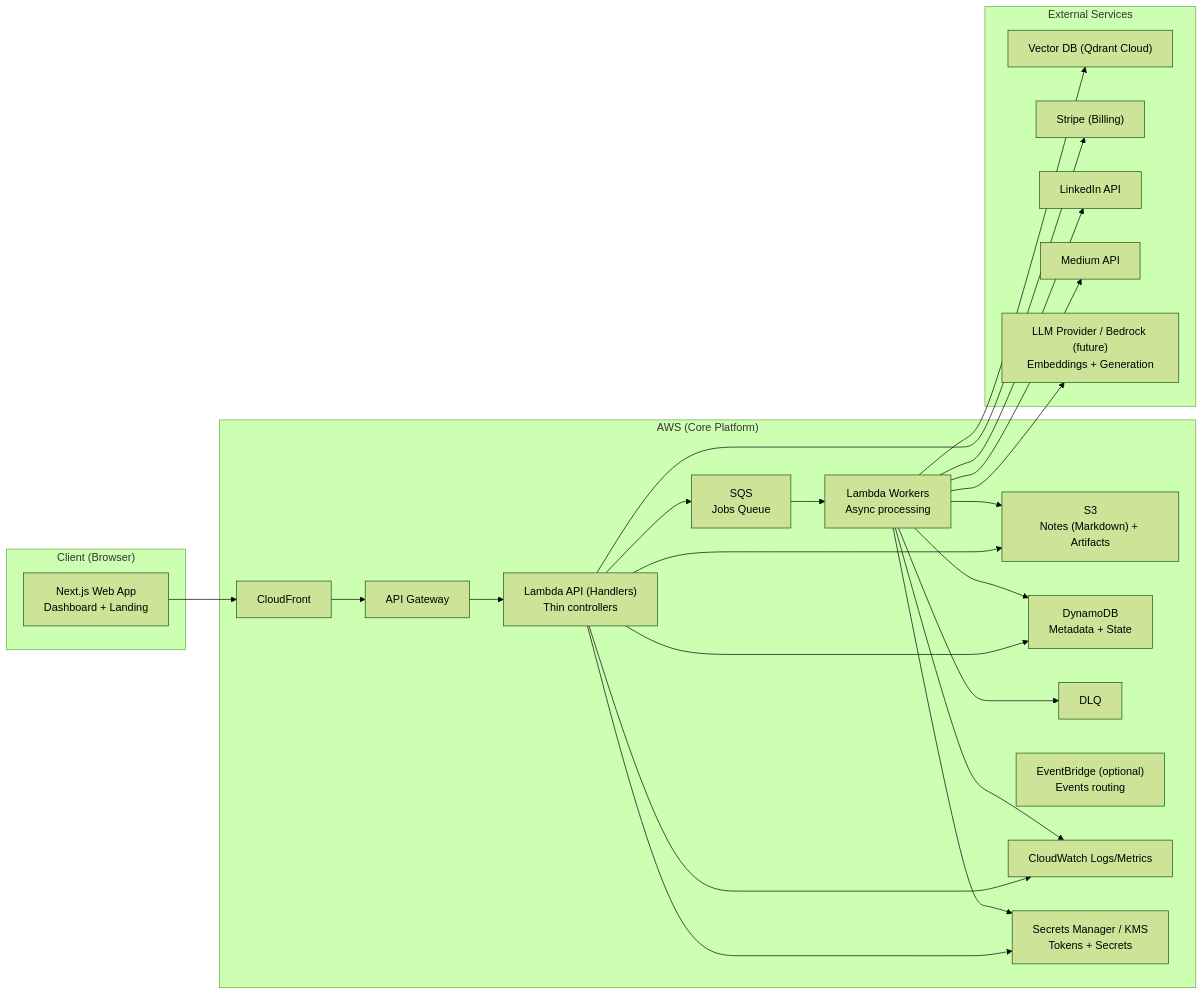
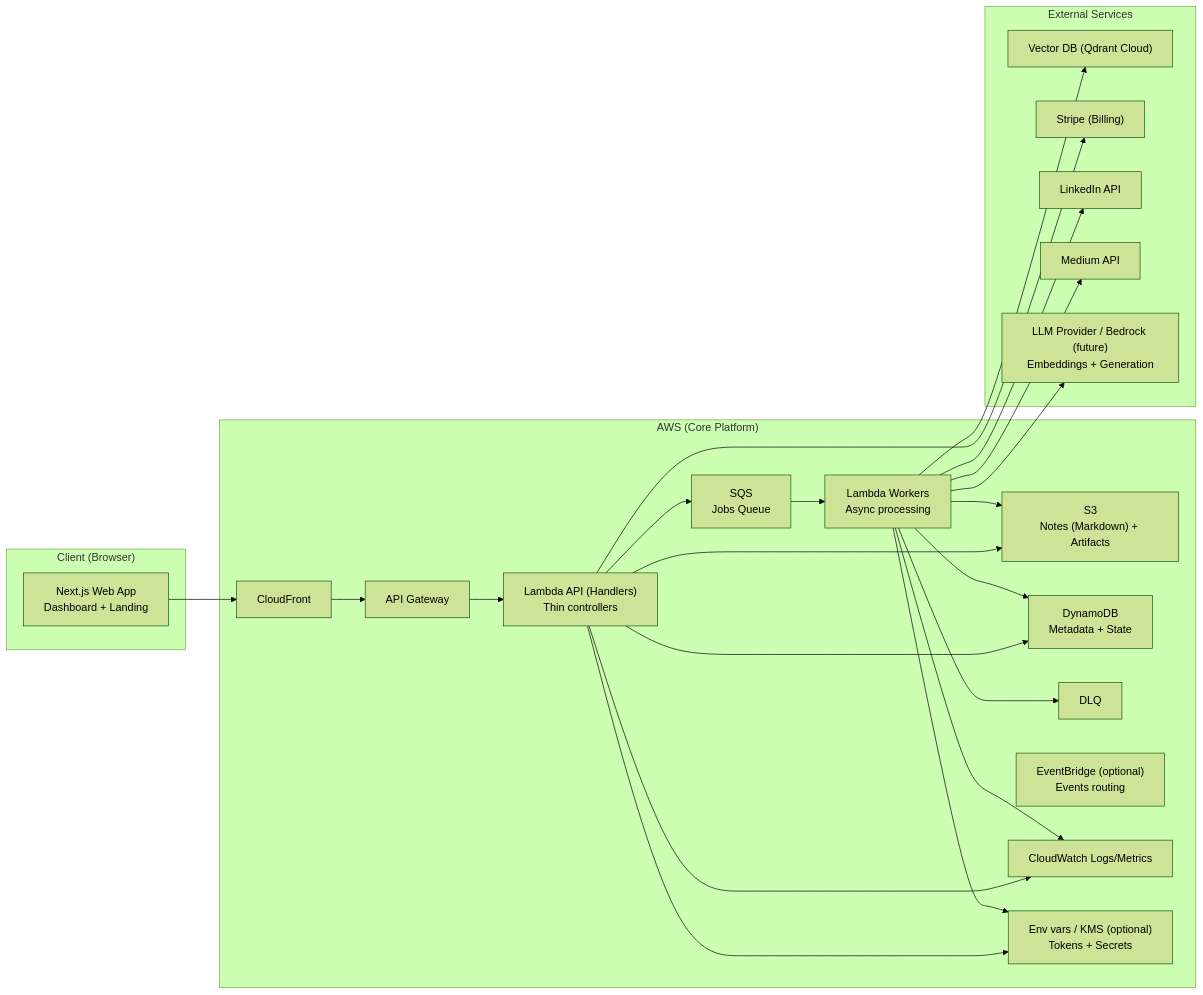
Before and after one commit to AhmedYassinH/noteship: the first of 7 diagrams in docs/technical/noteship-system-architecture.md, drawn with Mermaid (forest theme). The commit also changed other lines of this file and 7 other files, not shown here.

Commit message:
docs: revert runtime config to env vars

````diff
--- a/docs/technical/noteship-system-architecture.md
+++ b/docs/technical/noteship-system-architecture.md
@@ -29,48 +29,48 @@
 ```mermaid
 flowchart LR
   subgraph Client["Client (Browser)"]
     UI["Next.js Web App<br/>Dashboard + Landing"]
   end
 
   subgraph AWS["AWS (Core Platform)"]
     CF["CloudFront"]
     S3["S3<br/>Notes (Markdown) + Artifacts"]
     APIGW["API Gateway"]
     API["Lambda API (Handlers)<br/>Thin controllers"]
     DDB["DynamoDB<br/>Metadata + State"]
     SQS["SQS<br/>Jobs Queue"]
     DLQ["DLQ"]
     WORKER["Lambda Workers<br/>Async processing"]
     EB["EventBridge (optional)<br/>Events routing"]
     CW["CloudWatch Logs/Metrics"]
-    SM["Secrets Manager / KMS<br/>Tokens + Secrets"]
+    SM["Env vars / KMS (optional)<br/>Tokens + Secrets"]
   end
 
   subgraph External["External Services"]
     VDB["Vector DB (Qdrant Cloud)"]
     STRIPE["Stripe (Billing)"]
     LI["LinkedIn API"]
     MED["Medium API"]
     LLM["LLM Provider / Bedrock (future)<br/>Embeddings + Generation"]
   end
 
   UI --> CF --> APIGW --> API
   API --> DDB
   API --> S3
   API --> SQS
   WORKER --> S3
   WORKER --> DDB
   WORKER --> VDB
   WORKER --> LI
   WORKER --> MED
   API --> STRIPE
   WORKER --> LLM
 
   SQS --> WORKER
   WORKER --> DLQ
 
   API --> CW
   WORKER --> CW
   API --> SM
   WORKER --> SM
 ```
````
